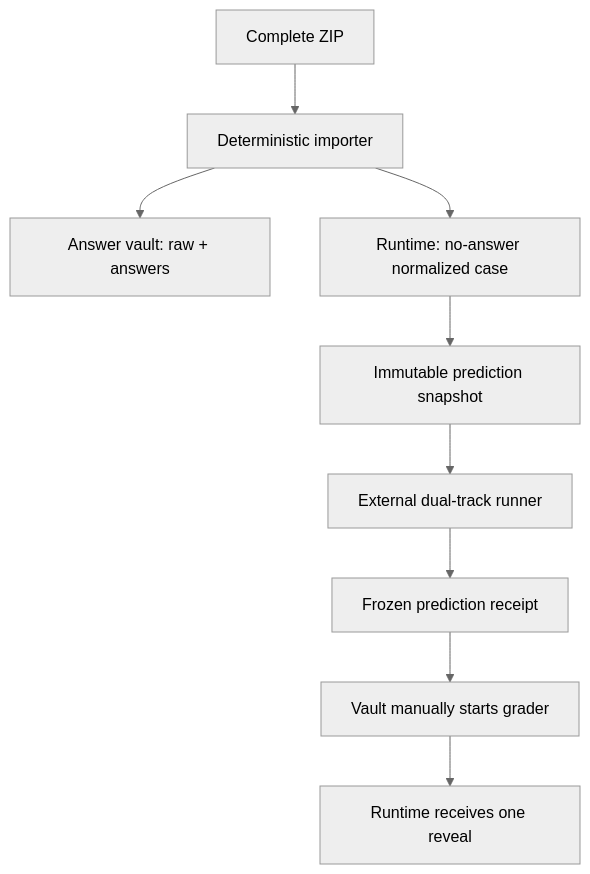
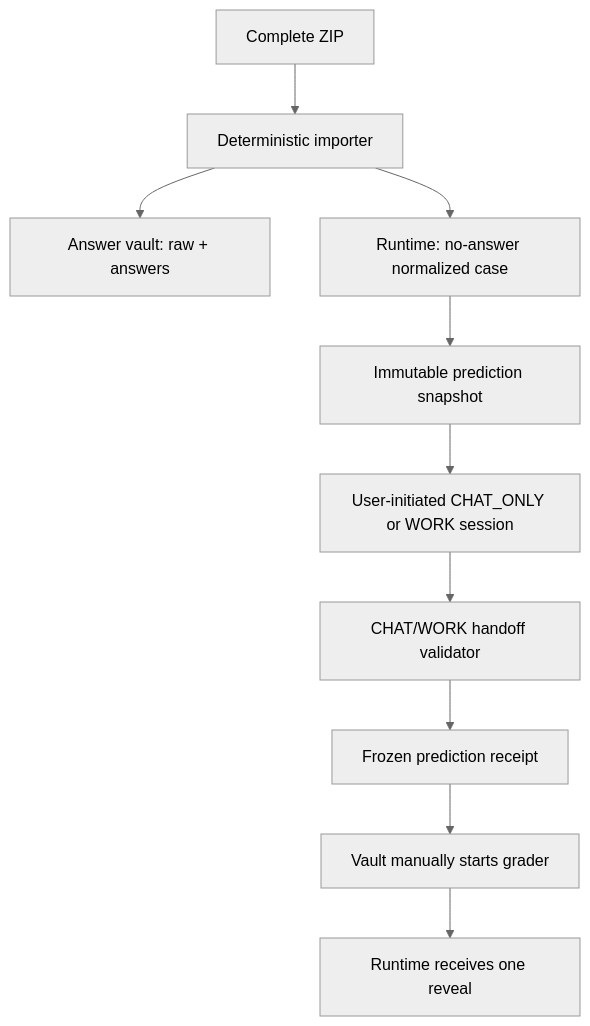
The diagram in README.md (chinaneedM/ziwei-bazi-model), drawn with Mermaid (neutral theme) before and after one commit. The commit also changed other lines of this file, not shown here.

Commit message:
Align runtime documentation with CHAT WORK modes

````diff
--- a/README.md
+++ b/README.md
@@ -33,11 +33,12 @@
 ```mermaid
 flowchart TD
     ZIP["Complete ZIP"] --> IMP["Deterministic importer"]
     IMP --> V["Answer vault: raw + answers"]
     IMP --> N["Runtime: no-answer normalized case"]
     N --> S["Immutable prediction snapshot"]
-    S --> P["External dual-track runner"]
-    P --> F["Frozen prediction receipt"]
+    S --> C["User-initiated CHAT_ONLY or WORK session"]
+    C --> H["CHAT/WORK handoff validator"]
+    H --> F["Frozen prediction receipt"]
     F --> G["Vault manually starts grader"]
     G --> R["Runtime receives one reveal"]
 ```
````
